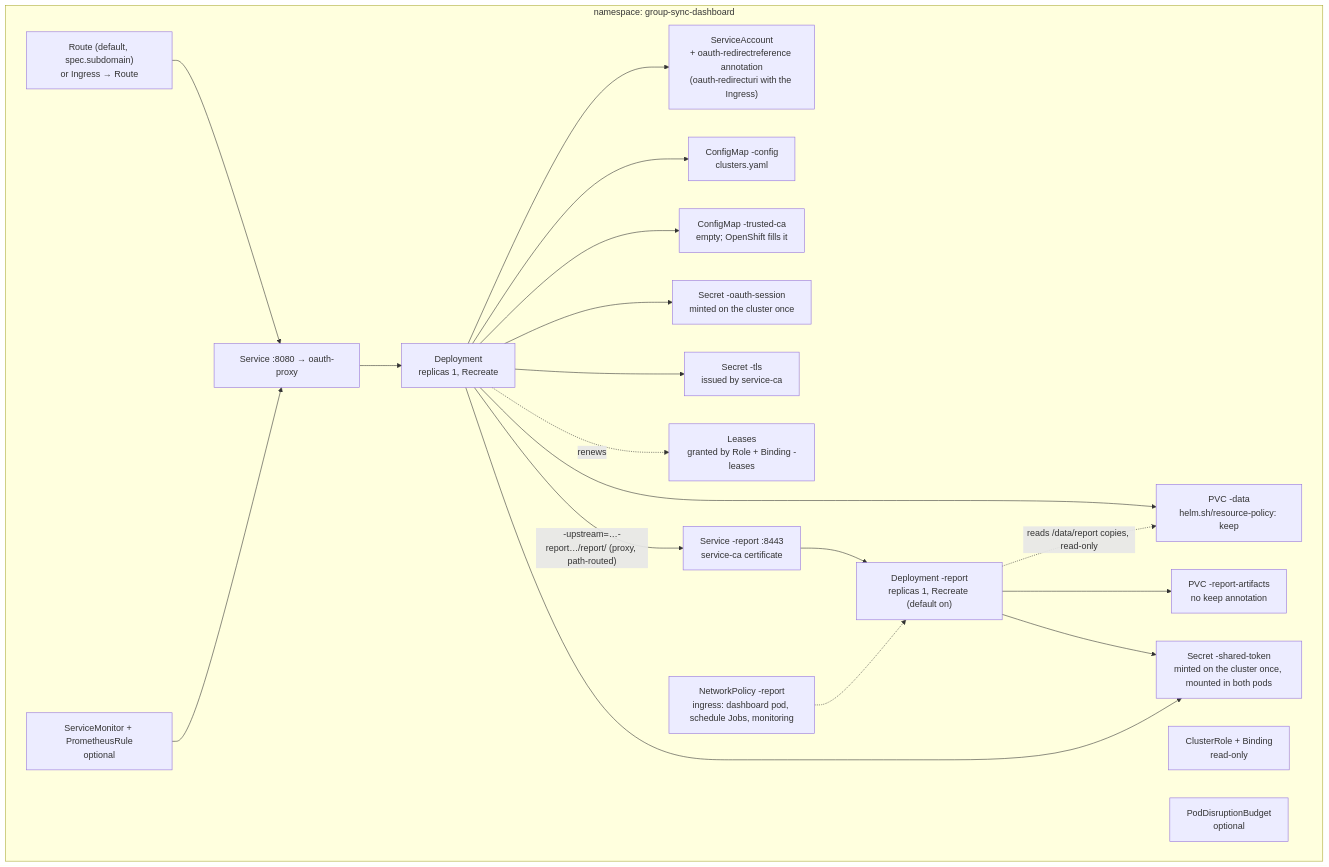
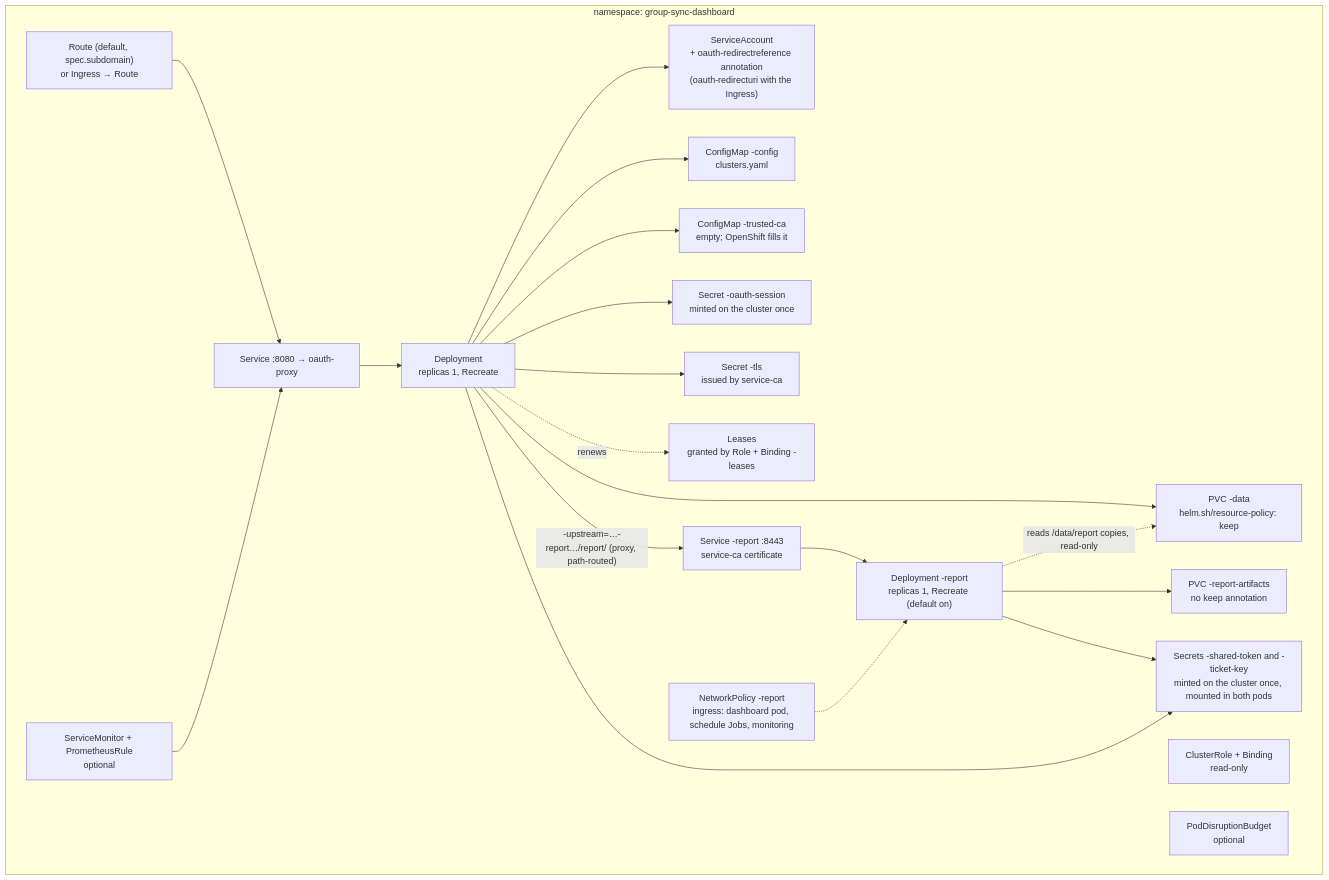
One commit to ephico2real2/group-sync-dashboard changed the eighth of 10 diagrams in docs/reference-architecture.md. Above: the diagram before and after it, drawn with Mermaid. The commit also changed other lines of this file and 37 other files, not shown here.

Commit message:
#392: tickets are signed with a ticket key of their own, applied from SPEC_F6's 87 blocks; application 4.6.0, chart 0.69.0

````diff
--- a/docs/reference-architecture.md
+++ b/docs/reference-architecture.md
@@ -1139,34 +1139,34 @@
 ```mermaid
 flowchart TB
   subgraph ns["namespace: group-sync-dashboard"]
     sa["ServiceAccount<br/>+ oauth-redirectreference annotation<br/>(oauth-redirecturi with the Ingress)"]
     cr["ClusterRole + Binding<br/>read-only"]
     cm["ConfigMap -config<br/>clusters.yaml"]
     tca["ConfigMap -trusted-ca<br/>empty; OpenShift fills it"]
     sec["Secret -oauth-session<br/>minted on the cluster once"]
     tls["Secret -tls<br/>issued by service-ca"]
     dep["Deployment<br/>replicas 1, Recreate"]
     pvc["PVC -data<br/>helm.sh/resource-policy: keep"]
     svc["Service :8080 → oauth-proxy"]
     ing["Route (default, spec.subdomain)<br/>or Ingress → Route"]
     lease["Leases<br/>granted by Role + Binding -leases"]
     pdb["PodDisruptionBudget<br/>optional"]
     sm["ServiceMonitor + PrometheusRule<br/>optional"]
     rdep["Deployment -report<br/>replicas 1, Recreate (default on)"]
     rsvc["Service -report :8443<br/>service-ca certificate"]
     rpvc["PVC -report-artifacts<br/>no keep annotation"]
-    rsec["Secret -shared-token<br/>minted on the cluster once, mounted in both pods"]
+    rsec["Secrets -shared-token and -ticket-key<br/>minted on the cluster once, mounted in both pods"]
     rnp["NetworkPolicy -report<br/>ingress: dashboard pod, schedule Jobs, monitoring"]
   end
   dep --> cm & tca & sec & tls & pvc & sa
   svc --> dep
   ing --> svc
   sm --> svc
   dep -.->|renews| lease
   dep -->|"-upstream=…-report…/report/ (proxy, path-routed)"| rsvc
   rsvc --> rdep
   rdep --> rpvc & rsec
   rdep -.->|"reads /data/report copies, read-only"| pvc
   dep --> rsec
   rnp -.-> rdep
 ```
````
